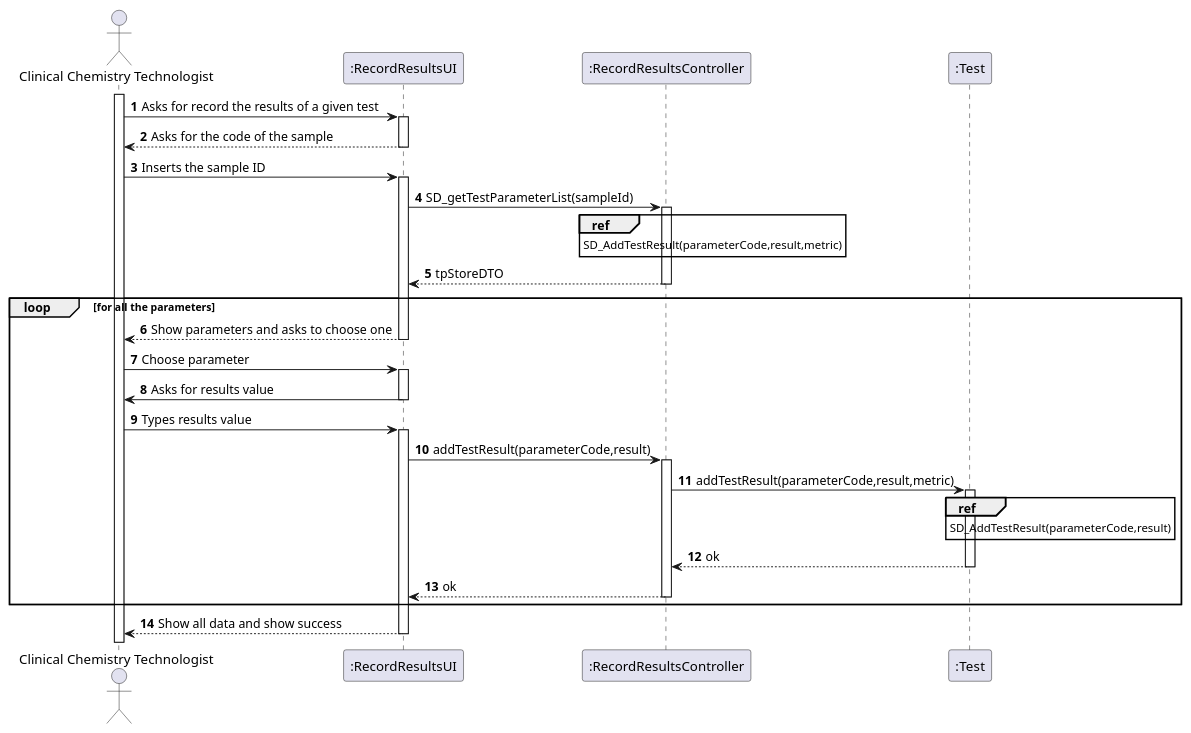
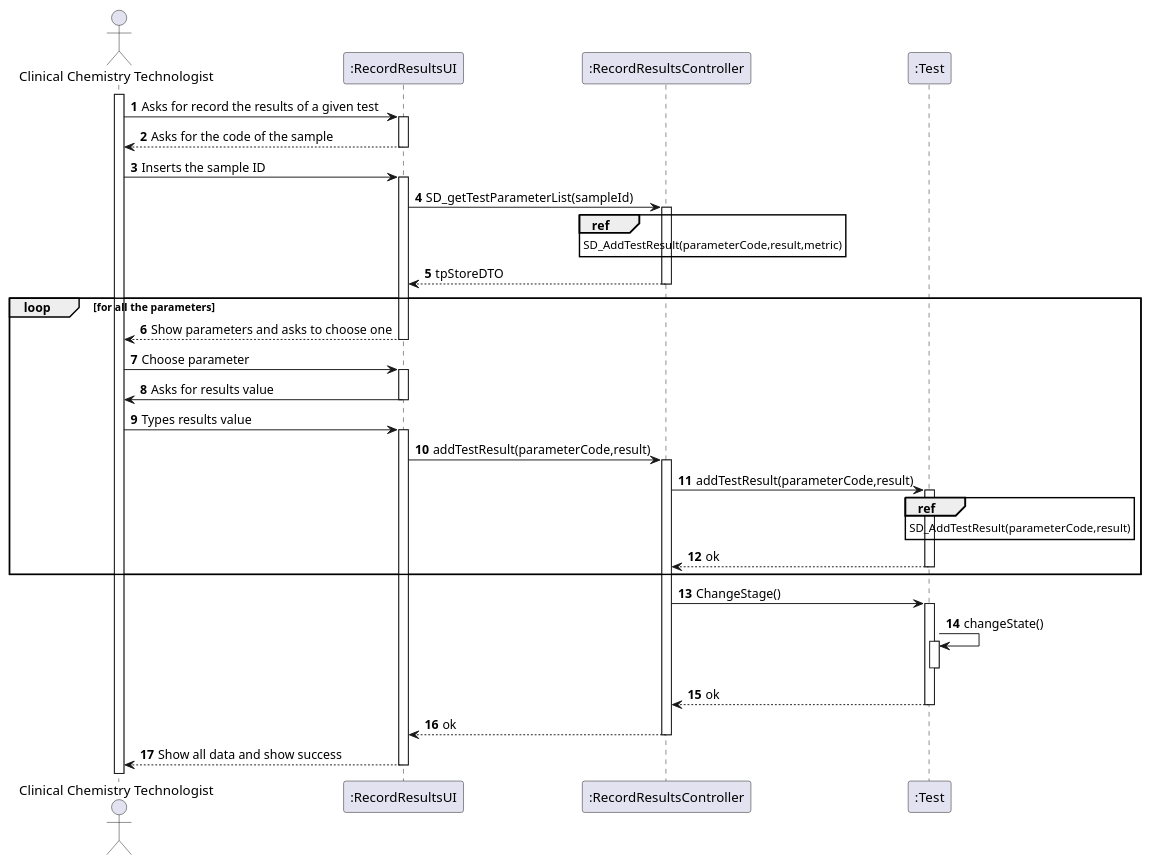
The diagram in docs/SprintC/US12/US12_SD.puml (MarianaCLages/LAPR2), drawn with PlantUML before and after one commit. The commit also changed 19 other files, not shown here.

```diff
--- a/docs/SprintC/US12/US12_SD.puml
+++ b/docs/SprintC/US12/US12_SD.puml
@@ -1,49 +1,56 @@
 @startuml
 autonumber
 actor "Clinical Chemistry Technologist" as cct
 participant ":RecordResultsUI" as UI
 participant ":RecordResultsController" as ctrl
 participant ":Test" as Test
 
 activate cct
 cct -> UI: Asks for record the results of a given test
 activate UI
 UI --> cct: Asks for the code of the sample
 deactivate UI
 cct -> UI: Inserts the sample ID
 activate UI
 UI -> ctrl: SD_getTestParameterList(sampleId)
 ref over ctrl: SD_AddTestResult(parameterCode,result,metric)
 activate ctrl
 ctrl --> UI: tpStoreDTO
 deactivate ctrl
 loop for all the parameters
     UI --> cct: Show parameters and asks to choose one
     deactivate UI
     cct -> UI: Choose parameter
     activate UI
     UI -> cct: Asks for results value
     deactivate UI
     cct -> UI: Types results value
     activate UI
 
     UI -> ctrl: addTestResult(parameterCode,result)
     activate ctrl
-    ctrl -> Test: addTestResult(parameterCode,result,metric)
+    ctrl -> Test: addTestResult(parameterCode,result)
     activate Test
     ref over Test : SD_AddTestResult(parameterCode,result)
     Test --> ctrl : ok
     deactivate Test
-    ctrl --> UI: ok
-    deactivate ctrl
-
 
 end
+ctrl -> Test: ChangeStage()
+activate Test
+Test -> Test: changeState()
+activate Test
+deactivate
+Test --> ctrl: ok
+deactivate
+ctrl --> UI : ok
+deactivate ctrl
+
 
 UI --> cct: Show all data and show success
 deactivate UI
 
 
 
 
 @enduml
```
